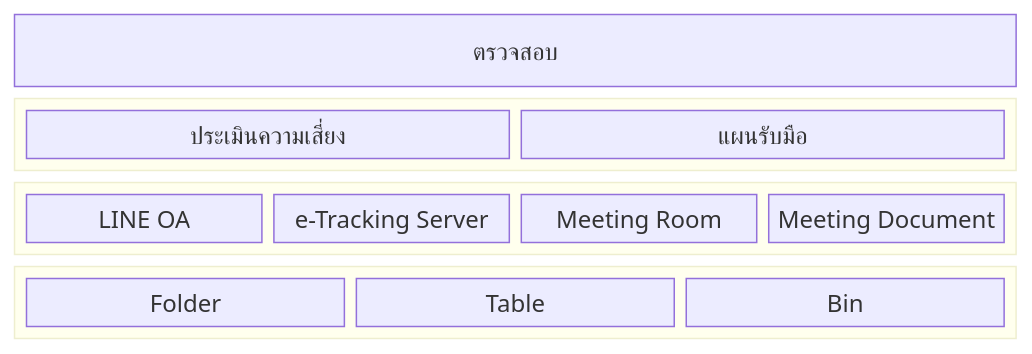
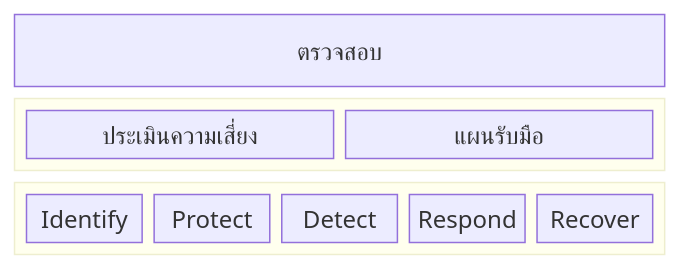
Before and after one commit to Kietpawpan/pdpa: the second of 10 diagrams in README.md, drawn with Mermaid.

````diff
--- a/README.md
+++ b/README.md
@@ -25,17 +25,14 @@
 ```mermaid
 block-beta
   columns 3
   Z["ตรวจสอบ"]:3
   block:group1:3
   %% columns auto (default)
     ประเมินความเสี่ยง
     แผนรับมือ
  end
   block:group2:3
     %% columns auto (default)
-    A["LINE OA"] B["e-Tracking Server"] C["Meeting Room"] D["Meeting Document"]
-end
-  block:group3:3
-  	Folder Table Bin
+    Identify Protect Detect Respond Recover
 end
 ```
````
